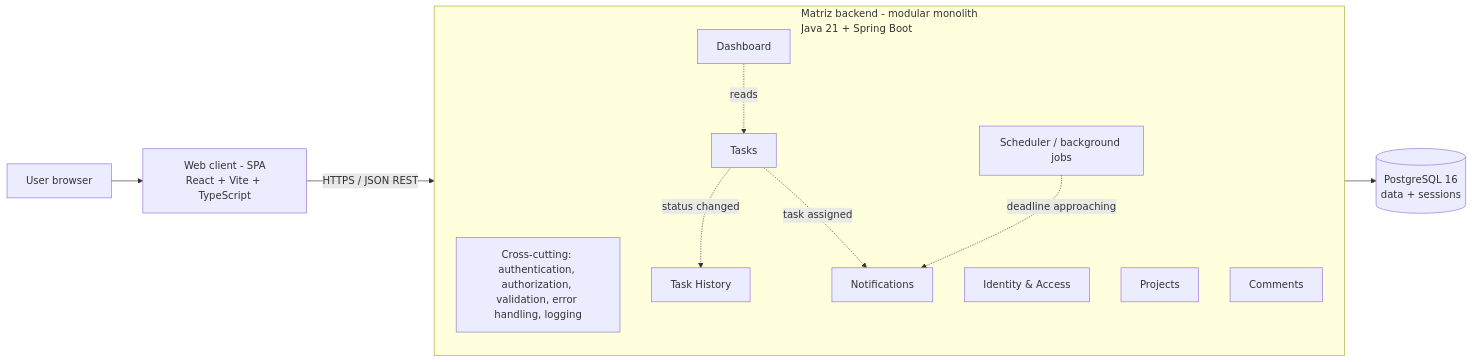
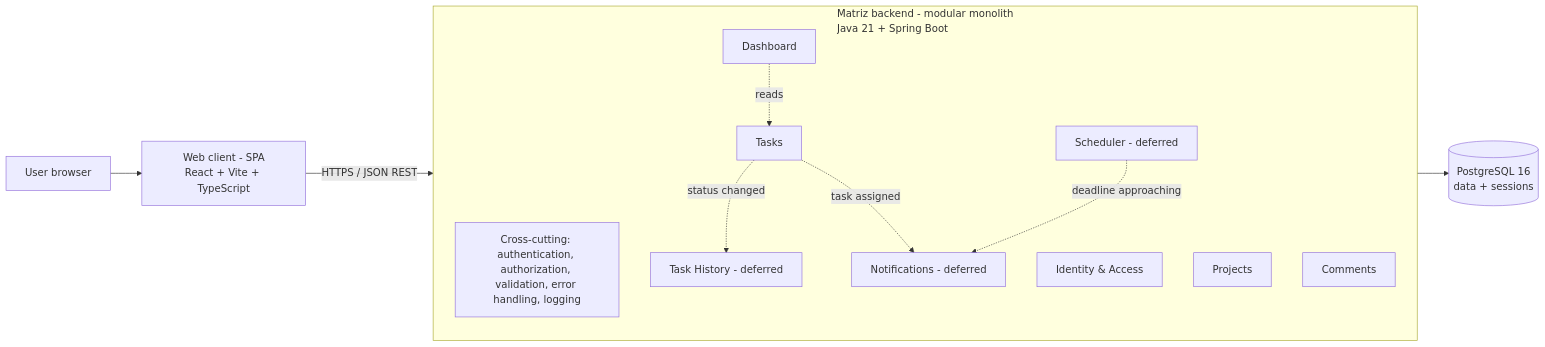
The diagram in docs/architecture.md (hugosousa1231830/matriz), drawn with Mermaid before and after one commit. The commit also changed other lines of this file and 26 other files, not shown here.

````diff
--- a/docs/architecture.md
+++ b/docs/architecture.md
@@ -79,24 +93,24 @@
 ```mermaid
 flowchart LR
     U[User browser] --> WEB[Web client - SPA<br/>React + Vite + TypeScript]
     WEB -- "HTTPS / JSON REST" --> API
 
     subgraph API[Matriz backend - modular monolith<br/>Java 21 + Spring Boot]
         direction TB
         CC[Cross-cutting: authentication, authorization, validation, error handling, logging]
         IAM[Identity & Access]
         PRJ[Projects]
         TSK[Tasks]
         COM[Comments]
-        HIS[Task History]
-        NOT[Notifications]
+        HIS[Task History - deferred]
+        NOT[Notifications - deferred]
         DSH[Dashboard]
-        JOB[Scheduler / background jobs]
+        JOB[Scheduler - deferred]
     end
 
     API --> DB[(PostgreSQL 16<br/>data + sessions)]
     TSK -. "status changed" .-> HIS
     TSK -. "task assigned" .-> NOT
     JOB -. "deadline approaching" .-> NOT
     DSH -. "reads" .-> TSK
 ```
````
